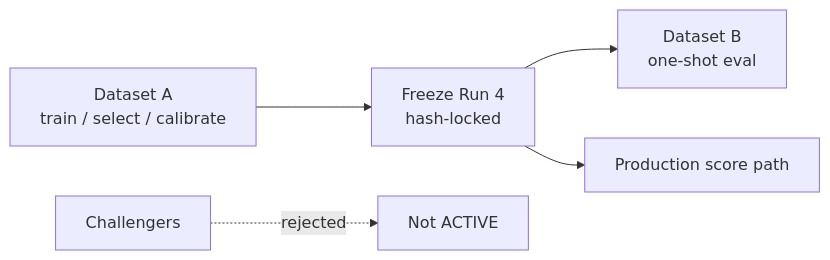
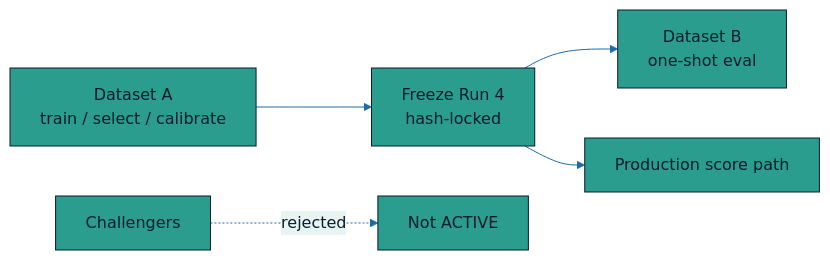
One commit to tanvir-ahmed-siddique-ctrl/Sepsis changed the first of 2 diagrams in README.md. Above: the diagram before and after it, drawn with Mermaid. The commit also changed other lines of this file, not shown here.

````diff
--- a/README.md
+++ b/README.md
@@ -36,7 +55,8 @@
 ```mermaid
+%%{init: {'theme':'base', 'themeVariables': { 'primaryColor':'#2A9D8F','primaryTextColor':'#0B1C2C','primaryBorderColor':'#0B1C2C','lineColor':'#1B6CA8','secondaryColor':'#E8F4F1','tertiaryColor':'#F4E6DC'}}}%%
 flowchart LR
   A["Dataset A<br/>train / select / calibrate"] --> F["Freeze Run 4<br/>hash-locked"]
   F --> B["Dataset B<br/>one-shot eval"]
   F --> P["Production score path"]
   C["Challengers"] -.->|rejected| X["Not ACTIVE"]
 ```
````
